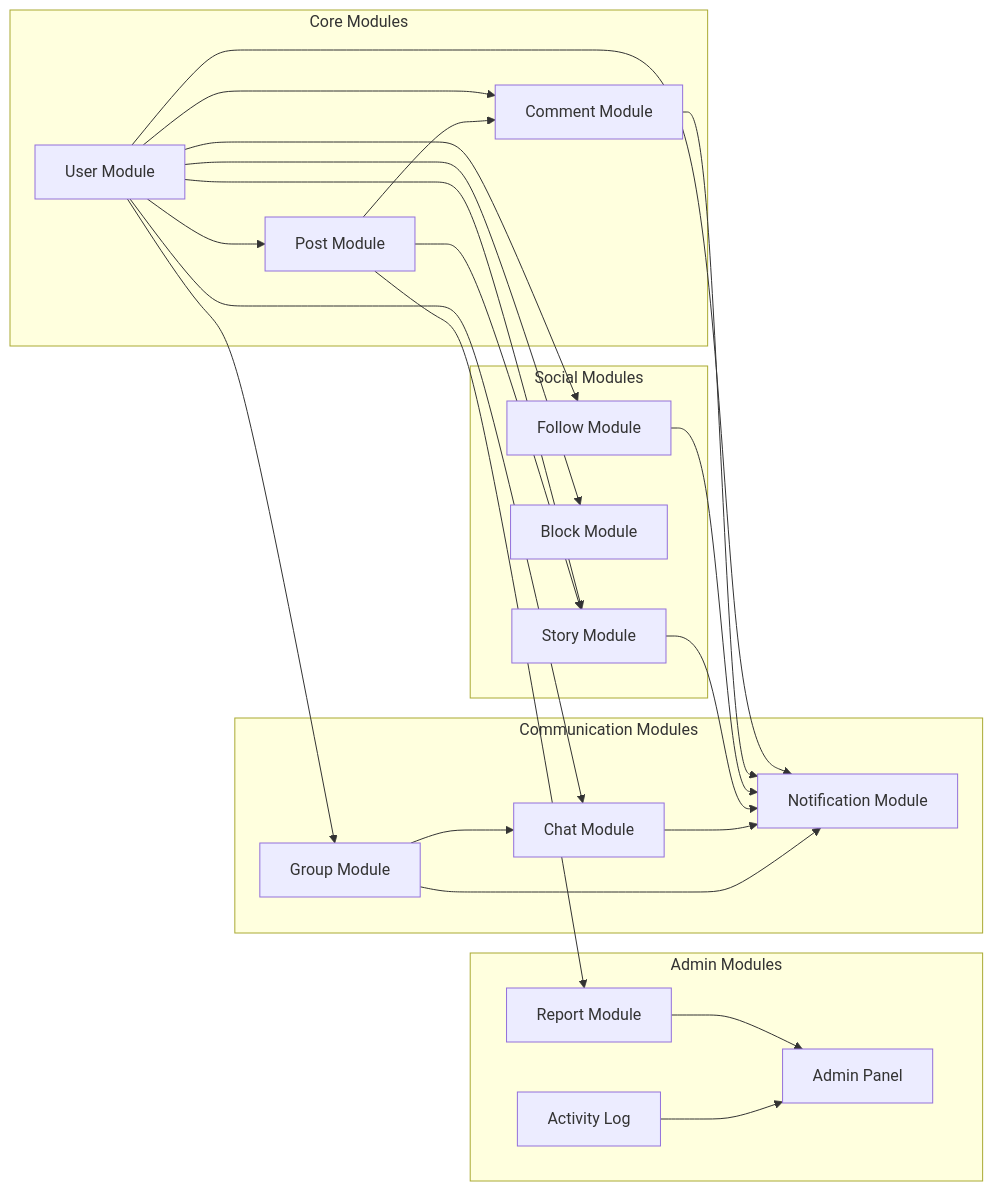
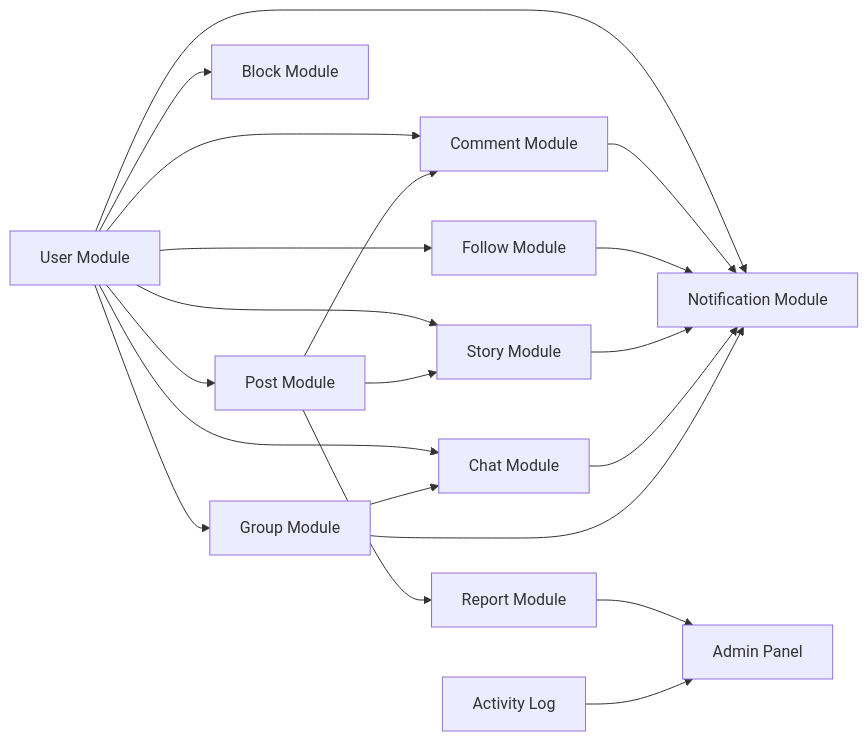
Before and after one commit to vd120/laravel_project: diagram 28 of 28 in UML.md, drawn with Mermaid. The commit also changed other lines of this file, not shown here.

````diff
--- a/UML.md
+++ b/UML.md
@@ -1572,51 +1361,35 @@
 ```mermaid
 flowchart LR
-    subgraph "Core Modules"
-        C1[User Module]
-        C2[Post Module]
-        C3[Comment Module]
-    end
-
-    subgraph "Social Modules"
-        S1[Follow Module]
-        S2[Block Module]
-        S3[Story Module]
-    end
-
-    subgraph "Communication Modules"
-        M1[Chat Module]
-        M2[Notification Module]
-        M3[Group Module]
-    end
-
-    subgraph "Admin Modules"
-        A1[Report Module]
-        A2[Admin Panel]
-        A3[Activity Log]
-    end
+    C1[User Module]
+    C2[Post Module]
+    C3[Comment Module]
+    S1[Follow Module]
+    S2[Block Module]
+    S3[Story Module]
+    M1[Chat Module]
+    M2[Notification Module]
+    M3[Group Module]
+    A1[Report Module]
+    A2[Admin Panel]
+    A3[Activity Log]
 
     C1 --> C2
     C1 --> C3
     C1 --> S1
     C1 --> S2
     C1 --> S3
     C1 --> M1
     C1 --> M2
     C1 --> M3
-
     C2 --> C3
     C2 --> S3
     C2 --> A1
-
     C3 --> M2
-
     S1 --> M2
     S3 --> M2
-
     M1 --> M2
     M3 --> M1
     M3 --> M2
-
     A1 --> A2
     A3 --> A2
 ```
````
